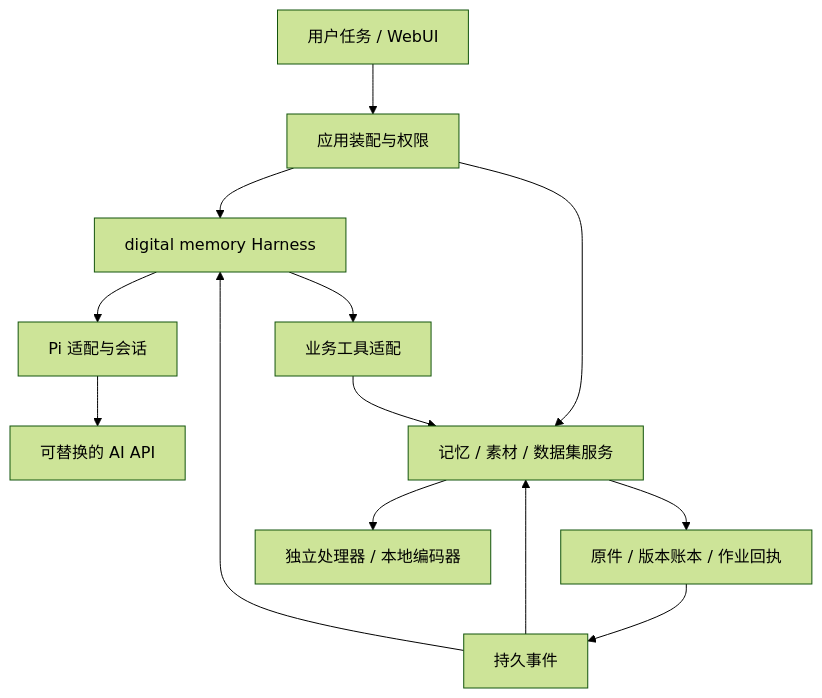
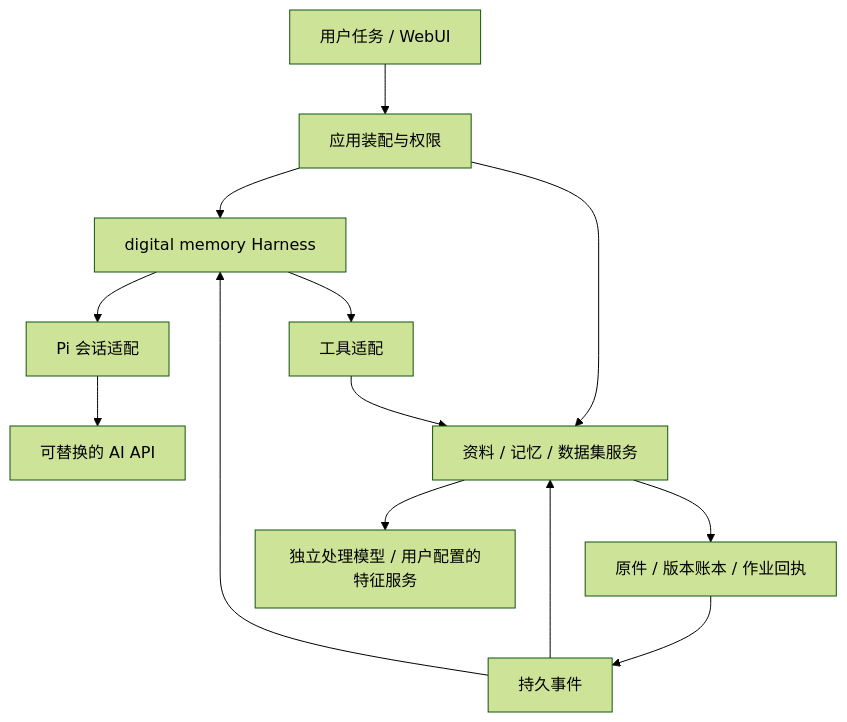
One commit to multi-zhangyang/digital-memory-agent changed the diagram in docs/architecture.md. Above: the diagram before and after it, drawn with Mermaid (forest theme). The commit also changed other lines of this file and 136 other files, not shown here.

````diff
--- a/docs/architecture.md
+++ b/docs/architecture.md
@@ -36,15 +9,15 @@
 ```mermaid
 flowchart TD
   User[用户任务 / WebUI] --> App[应用装配与权限]
   App --> Harness[digital memory Harness]
-  Harness --> Pi[Pi 适配与会话]
+  Harness --> Pi[Pi 会话适配]
   Pi --> AI[可替换的 AI API]
-  Harness --> Tools[业务工具适配]
-  App --> Services[记忆 / 素材 / 数据集服务]
+  Harness --> Tools[工具适配]
+  App --> Services[资料 / 记忆 / 数据集服务]
   Tools --> Services
   Services --> Store[原件 / 版本账本 / 作业回执]
-  Services --> Models[独立处理器 / 本地编码器]
+  Services --> Models[独立处理模型 / 用户配置的特征服务]
   Store --> Events[持久事件]
   Events --> Services
   Events --> Harness
 ```
````
